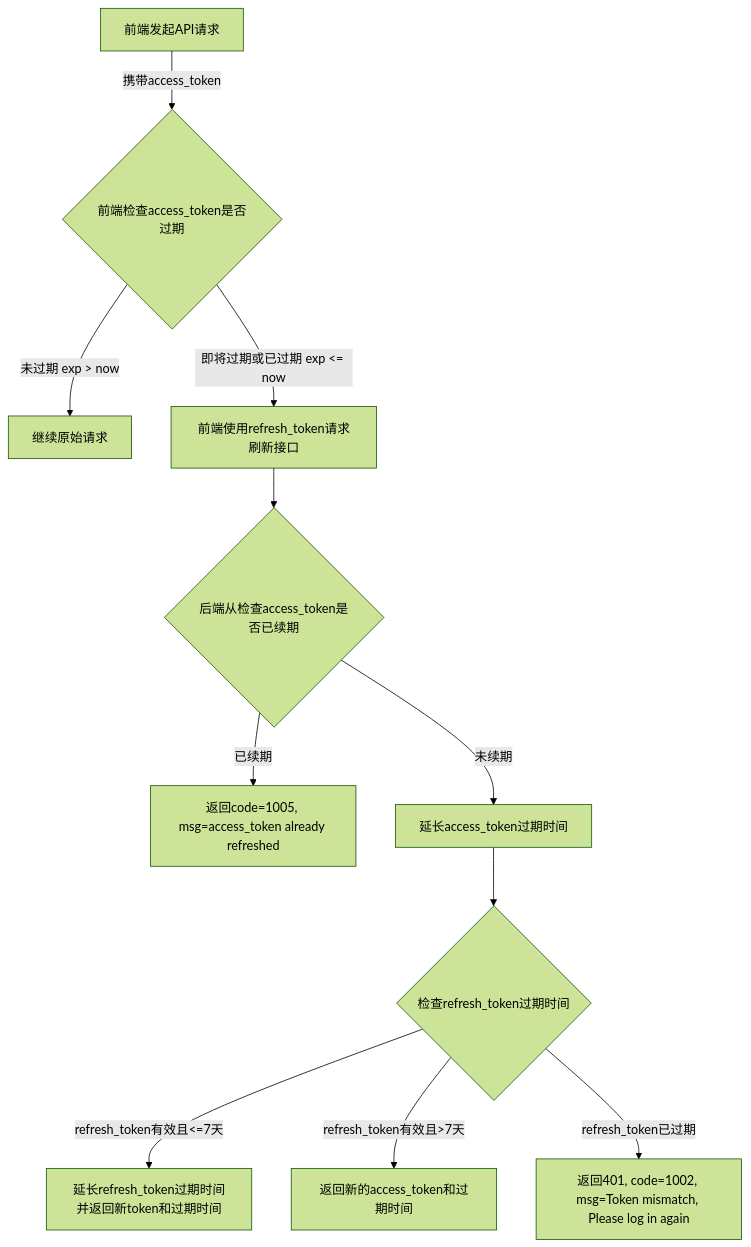
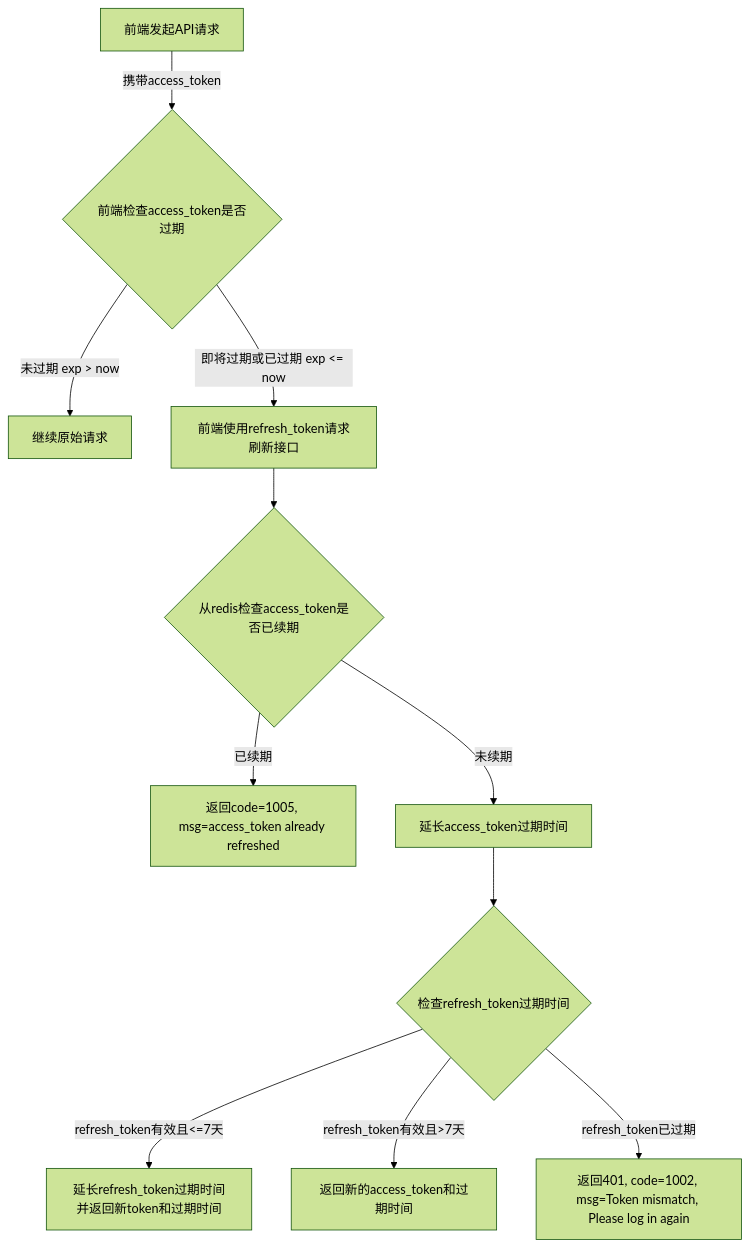
The diagram in all/openAPI-17.md (yingjianzh/iodraw-files), drawn with Mermaid (forest theme) before and after one commit.

Commit message:
2025-01-08 18:28:20 update

````diff
--- a/all/openAPI-17.md
+++ b/all/openAPI-17.md
@@ -1,14 +1,14 @@
 ```mermaid
 flowchart TD
     A[前端发起API请求] -->|携带access_token| B{前端检查access_token是否过期}
     B -->|未过期 exp > now| C[继续原始请求]
     B -->|即将过期或已过期 exp <= now| D[前端使用refresh_token请求刷新接口]
-    D --> E{后端从检查access_token是否已续期}
+    D --> E{从redis检查access_token是否已续期}
     E -->|已续期| F[返回code=1005, msg=access_token already refreshed]
     E -->|未续期| G[延长access_token过期时间]
     G --> H{检查refresh_token过期时间}
     H -->|refresh_token有效且<=7天| I[延长refresh_token过期时间并返回新token和过期时间]
     H -->|refresh_token有效且>7天| J[返回新的access_token和过期时间]
     H -->|refresh_token已过期| K[返回401, code=1002, msg=Token mismatch, Please log in again]
 
 ```
````
